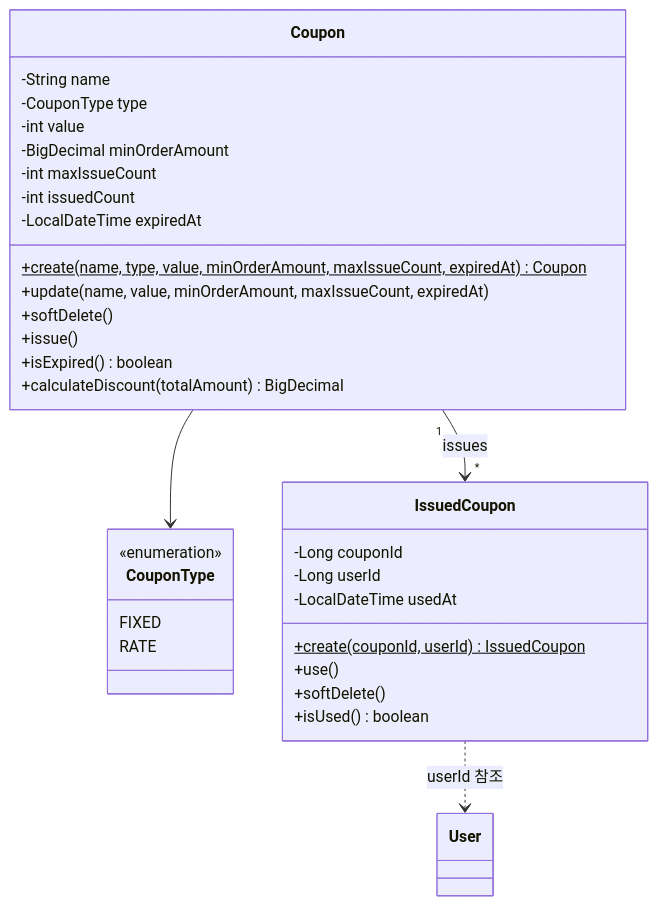
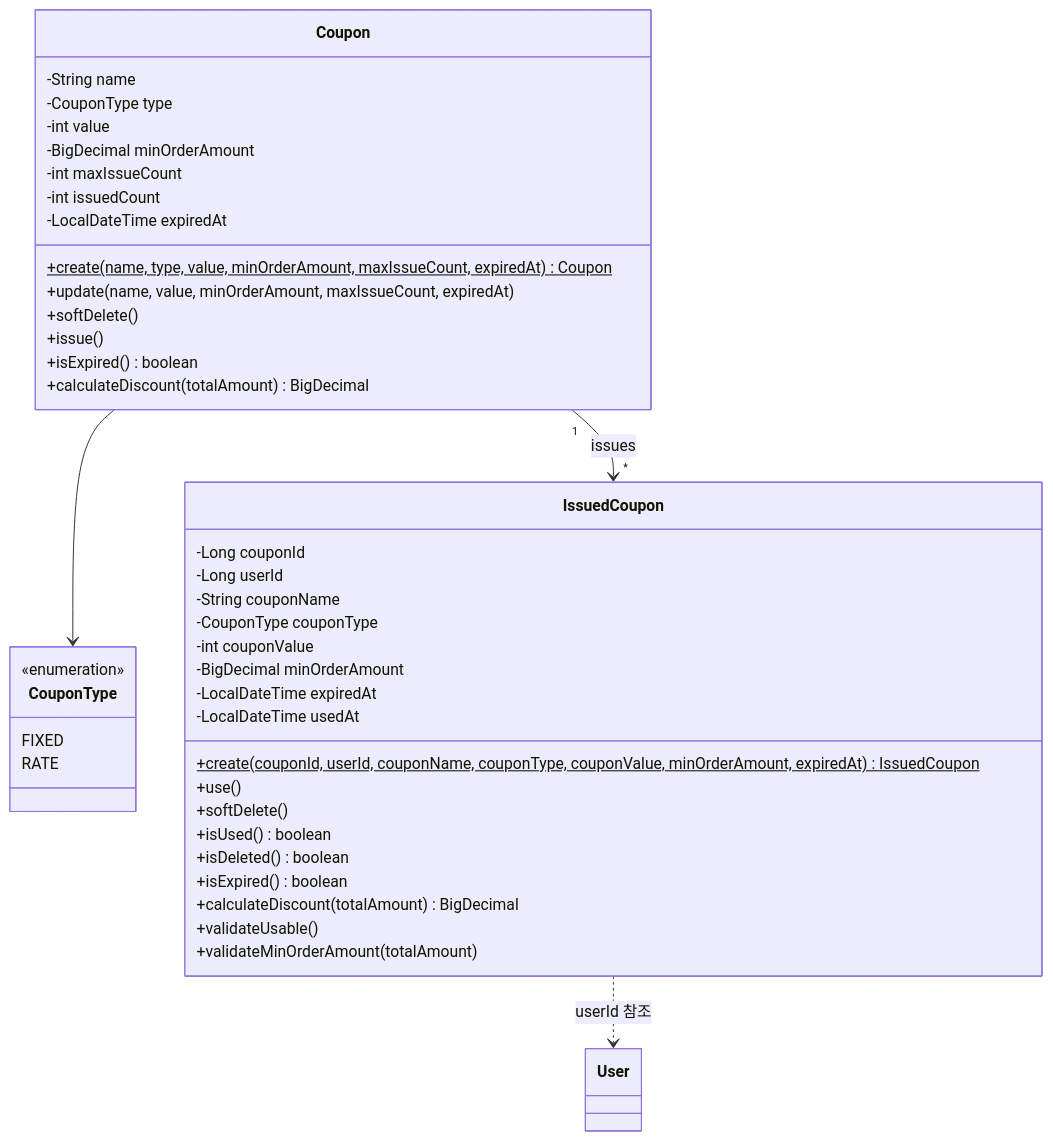
Before and after one commit to Loopers-dev-lab/loop-pack-be-l2-vol3-java: the diagram in docs/design/coupon/class-diagram.md, drawn with Mermaid. The commit also changed other lines of this file and 12 other files, not shown here.

Commit message:
refactor: IssuedCoupon에 Coupon 스냅샷 필드 도입, OrderFacade CouponService 의존 제거

````diff
--- a/docs/design/coupon/class-diagram.md
+++ b/docs/design/coupon/class-diagram.md
@@ -8,38 +8,48 @@
 ```mermaid
 classDiagram
     class Coupon {
         -String name
         -CouponType type
         -int value
         -BigDecimal minOrderAmount
         -int maxIssueCount
         -int issuedCount
         -LocalDateTime expiredAt
         +create(name, type, value, minOrderAmount, maxIssueCount, expiredAt)$ Coupon
         +update(name, value, minOrderAmount, maxIssueCount, expiredAt)
         +softDelete()
         +issue()
         +isExpired() boolean
         +calculateDiscount(totalAmount) BigDecimal
     }
 
     class CouponType {
         <<enumeration>>
         FIXED
         RATE
     }
 
     class IssuedCoupon {
         -Long couponId
         -Long userId
+        -String couponName
+        -CouponType couponType
+        -int couponValue
+        -BigDecimal minOrderAmount
+        -LocalDateTime expiredAt
         -LocalDateTime usedAt
-        +create(couponId, userId)$ IssuedCoupon
+        +create(couponId, userId, couponName, couponType, couponValue, minOrderAmount, expiredAt)$ IssuedCoupon
         +use()
         +softDelete()
         +isUsed() boolean
+        +isDeleted() boolean
+        +isExpired() boolean
+        +calculateDiscount(totalAmount) BigDecimal
+        +validateUsable()
+        +validateMinOrderAmount(totalAmount)
     }
 
     Coupon --> CouponType
     Coupon "1" --> "*" IssuedCoupon : issues
     IssuedCoupon ..> User : userId 참조
 ```
````
